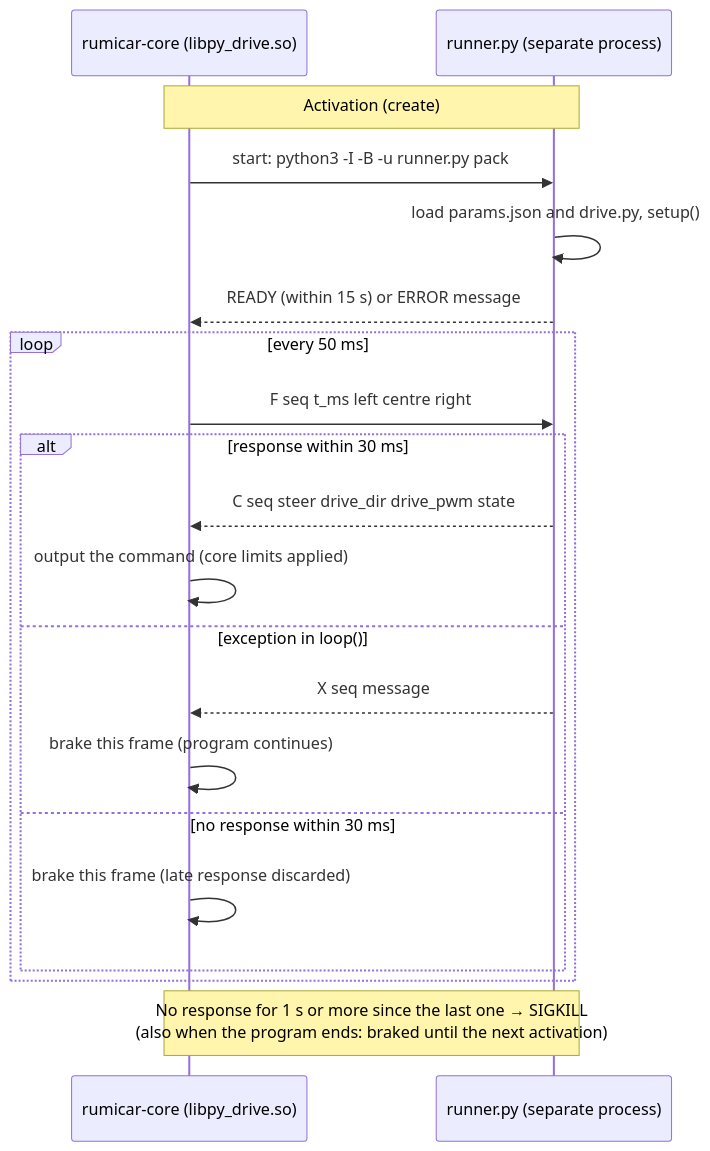
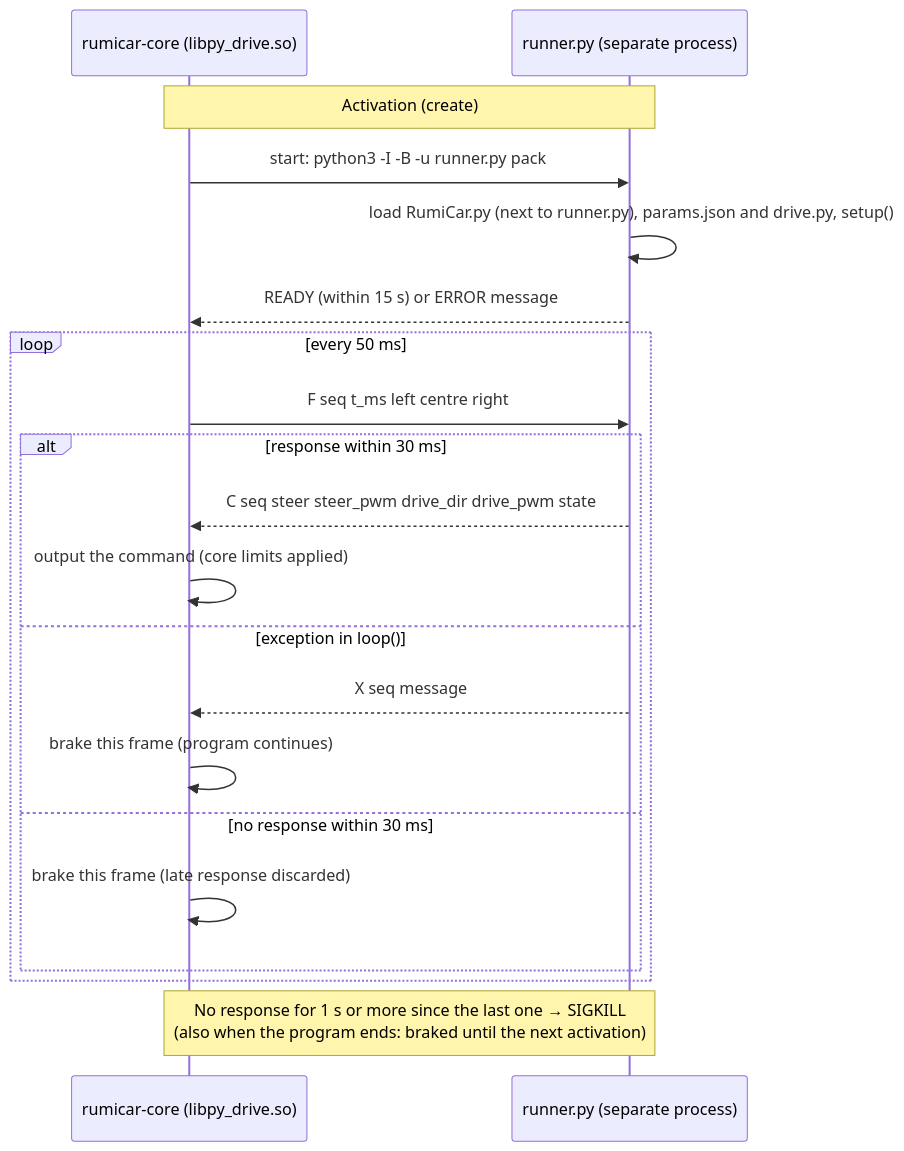
Before and after one commit to RumiCar-group/RumiCar-Zero2Cam: the diagram in docs/figures/en/09-py-drive.mmd, drawn with Mermaid. The commit also changed 53 other files, not shown here.

First line of the commit message:
RC_steer の強さ（ABI 4）：RumiCar.py 0.6.0 の取り込み、操舵のソフトウェア PWM、収録・表示・判断データ（0.5.0）

```diff
--- a/docs/figures/en/09-py-drive.mmd
+++ b/docs/figures/en/09-py-drive.mmd
@@ -1,20 +1,20 @@
 sequenceDiagram
     participant C as rumicar-core (libpy_drive.so)
     participant R as runner.py (separate process)
     Note over C,R: Activation (create)
     C->>R: start: python3 -I -B -u runner.py pack
-    R->>R: load params.json and drive.py, setup()
+    R->>R: load RumiCar.py (next to runner.py), params.json and drive.py, setup()
     R-->>C: READY (within 15 s) or ERROR message
     loop every 50 ms
         C->>R: F seq t_ms left centre right
         alt response within 30 ms
-            R-->>C: C seq steer drive_dir drive_pwm state
+            R-->>C: C seq steer steer_pwm drive_dir drive_pwm state
             C->>C: output the command (core limits applied)
         else exception in loop()
             R-->>C: X seq message
             C->>C: brake this frame (program continues)
         else no response within 30 ms
             C->>C: brake this frame (late response discarded)
         end
     end
     Note over C,R: No response for 1 s or more since the last one → SIGKILL<br/>(also when the program ends: braked until the next activation)
```
